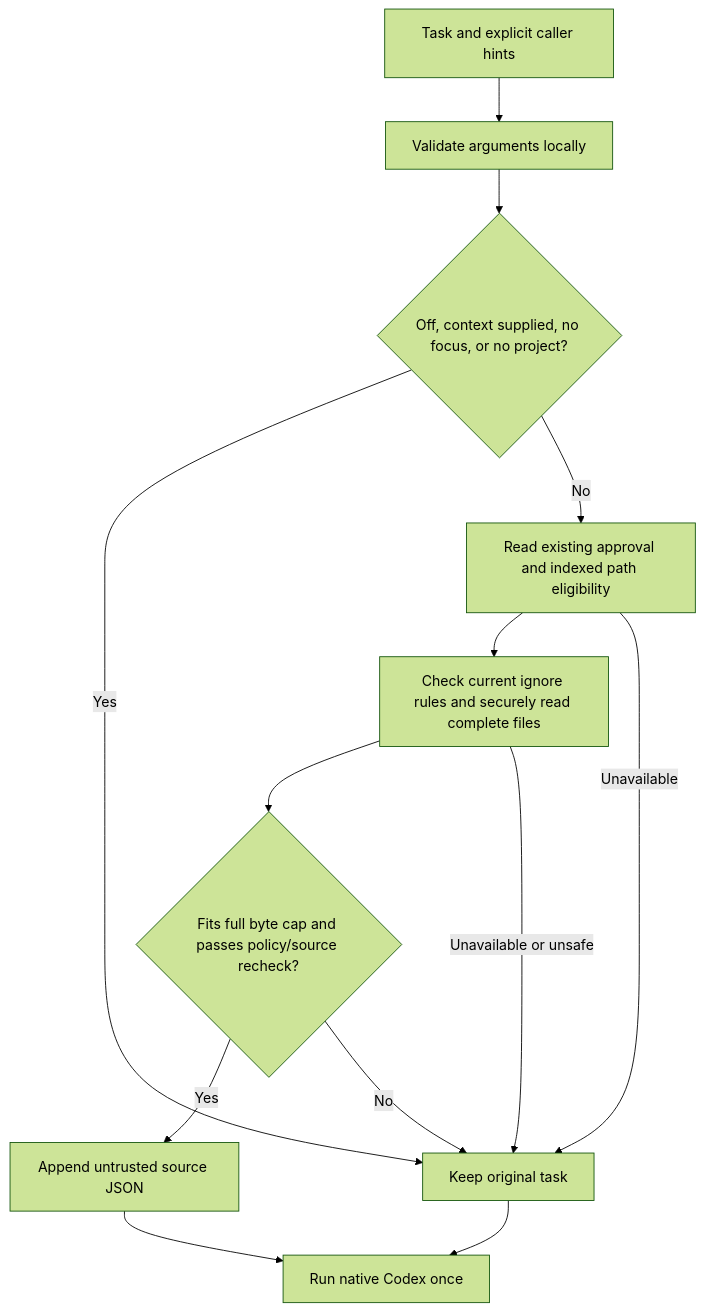
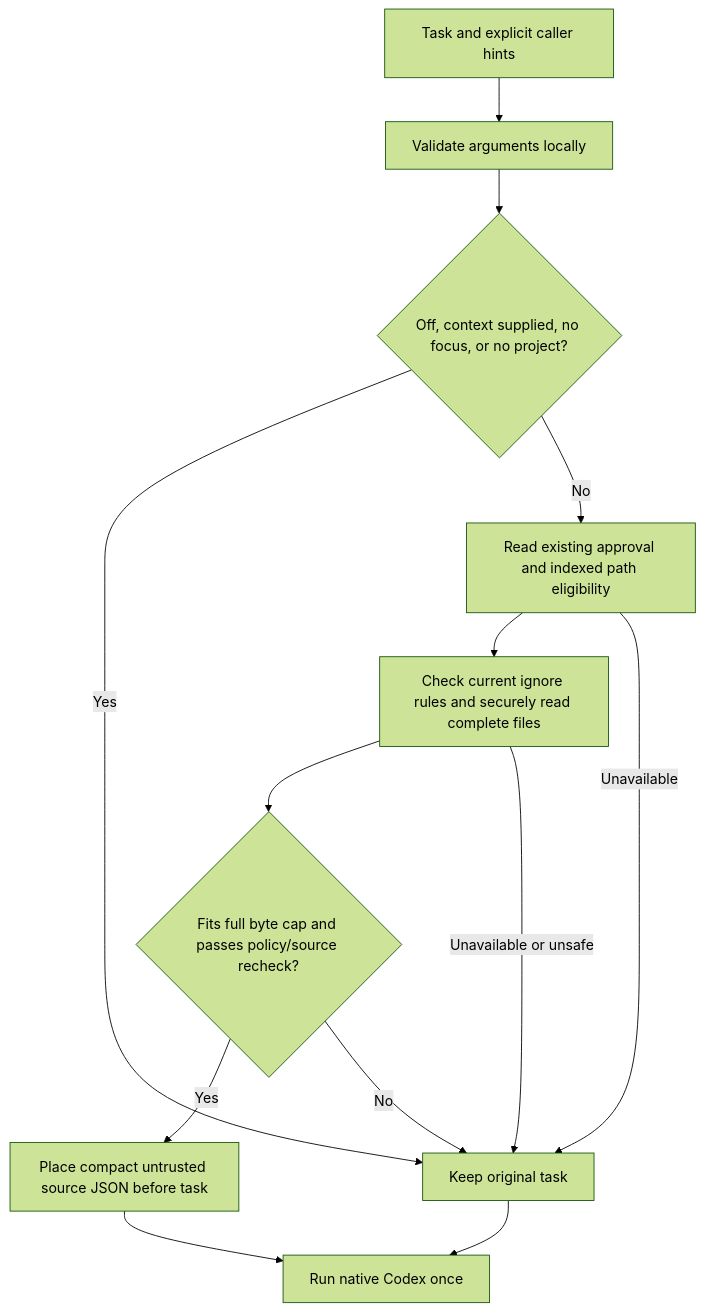
One commit to iamsreecharan/Memglide changed the diagram in docs/daily-architecture.md. Above: the diagram before and after it, drawn with Mermaid (forest theme). The commit also changed other lines of this file and 2668 other files, not shown here.

````diff
--- a/docs/daily-architecture.md
+++ b/docs/daily-architecture.md
@@ -9,15 +9,15 @@
 ```mermaid
 flowchart TD
     A[Task and explicit caller hints] --> B[Validate arguments locally]
     B --> C{Off, context supplied, no focus, or no project?}
     C -->|Yes| G[Keep original task]
     C -->|No| D[Read existing approval and indexed path eligibility]
     D --> E[Check current ignore rules and securely read complete files]
     E --> F{Fits full byte cap and passes policy/source recheck?}
-    F -->|Yes| H[Append untrusted source JSON]
+    F -->|Yes| H[Place compact untrusted source JSON before task]
     F -->|No| G
     D -->|Unavailable| G
     E -->|Unavailable or unsafe| G
     G --> I[Run native Codex once]
     H --> I
 ```
````
